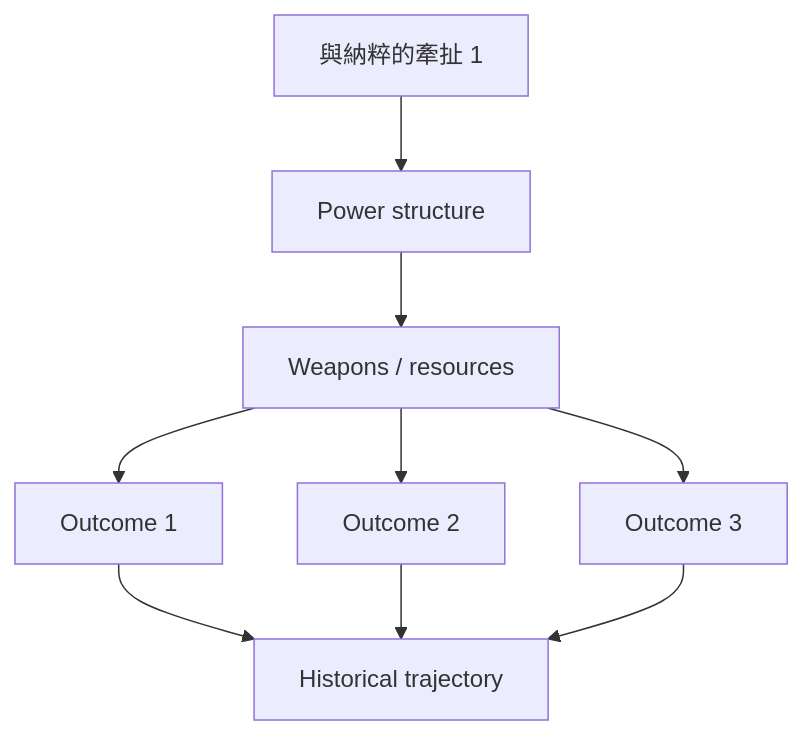
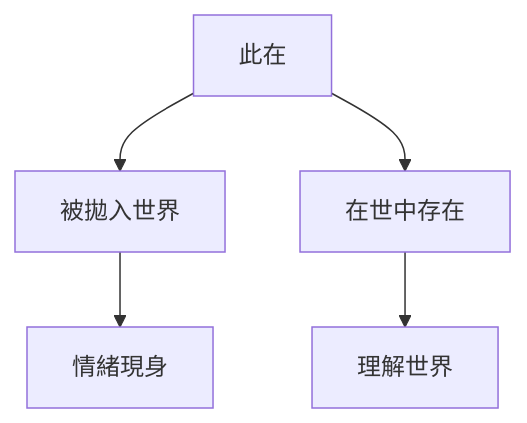
The second of 10 diagrams in 02_Harvard_Courses/Fall_Courses/Hist83_Heidegger.md (yip-lgtm/HKU-Harvard-History-Self-Study), drawn with Mermaid before and after one commit. The commit also changed other lines of this file and 15 other files, not shown here.

````diff
--- a/02_Harvard_Courses/Fall_Courses/Hist83_Heidegger.md
+++ b/02_Harvard_Courses/Fall_Courses/Hist83_Heidegger.md
@@ -146,11 +117,7 @@
 ```mermaid
 graph TD
-    A[與納粹的牽扯 1] --> B[Power structure]
-    B --> C[Weapons / resources]
-    C --> D[Outcome 1]
-    C --> E[Outcome 2]
-    C --> F[Outcome 3]
-    D --> G[Historical trajectory]
-    E --> G
-    F --> G
+    A[此在] --> B[被拋入世界]
+    A --> C[在世中存在]
+    B --> D[情緒現身]
+    C --> E[理解世界]
 ```
````
